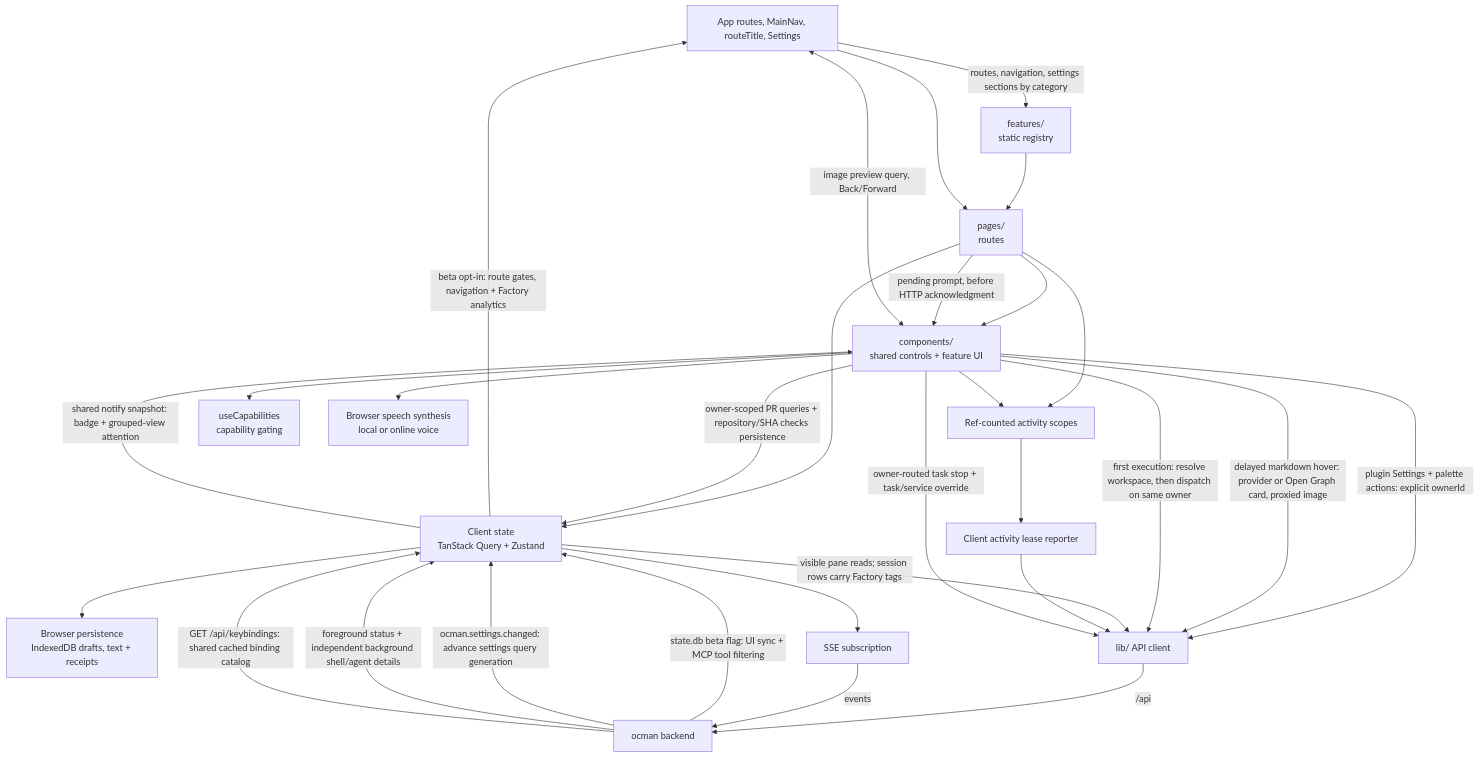
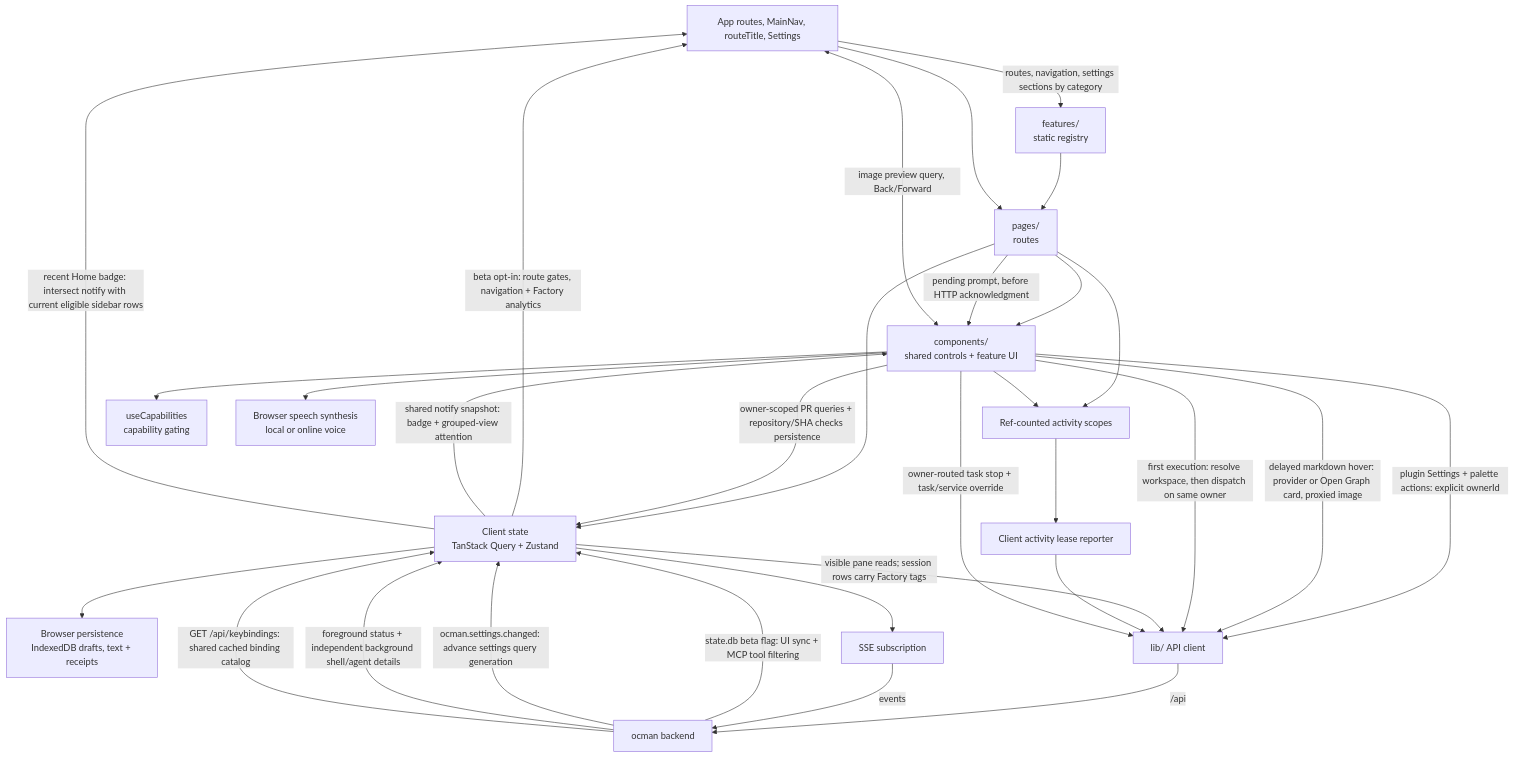
Before and after one commit to ocman/ocman: diagram 14 of 19 in docs/other/architecture.md, drawn with Mermaid. The commit also changed other lines of this file and 4 other files, not shown here.

Commit message:
fix(nav): exclude hidden history from recent attention badge

````diff
--- a/docs/other/architecture.md
+++ b/docs/other/architecture.md
@@ -1612,32 +1612,33 @@
 ```mermaid
 flowchart TD
     Shell[App routes, MainNav, routeTitle, Settings] -->|routes, navigation, settings sections by category| Features[features/<br/>static registry]
     Features --> Pages
     Shell --> Pages
     Pages[pages/<br/>routes] --> Comp[components/<br/>shared controls + feature UI]
     Pages --> Stores[Client state<br/>TanStack Query + Zustand]
     Pages -->|pending prompt, before HTTP acknowledgment| Comp
     Stores --> Persistence[Browser persistence<br/>IndexedDB drafts, text + receipts]
     Stores -->|beta opt-in: route gates, navigation + Factory analytics| Shell
     Comp -->|owner-scoped PR queries + repository/SHA checks persistence| Stores
     Comp -->|plugin Settings + palette actions: explicit ownerId| API
     Comp -->|delayed markdown hover: provider or Open Graph card, proxied image| API
     Comp -->|first execution: resolve workspace, then dispatch on same owner| API
     Stores -->|visible pane reads; session rows carry Factory tags| API[lib/ API client]
     Stores --> SSE[SSE subscription]
     Stores -->|shared notify snapshot: badge + grouped-view attention| Comp
+    Stores -->|recent Home badge: intersect notify with current eligible sidebar rows| Shell
     Pages --> Scopes[Ref-counted activity scopes]
     Comp --> Scopes
     Scopes --> Reporter[Client activity lease reporter]
     Reporter --> API
     API -->|/api| Hub[ocman backend]
     Hub -->|state.db beta flag: UI sync + MCP tool filtering| Stores
     SSE -->|events| Hub
     Hub -->|ocman.settings.changed: advance settings query generation| Stores
     Hub -->|foreground status + independent background shell/agent details| Stores
     Hub -->|GET /api/keybindings: shared cached binding catalog| Stores
     Comp -->|owner-routed task stop + task/service override| API
     Comp --> Caps[useCapabilities<br/>capability gating]
     Comp --> Speech[Browser speech synthesis<br/>local or online voice]
     Comp <-->|image preview query, Back/Forward| Shell
 ```
````
